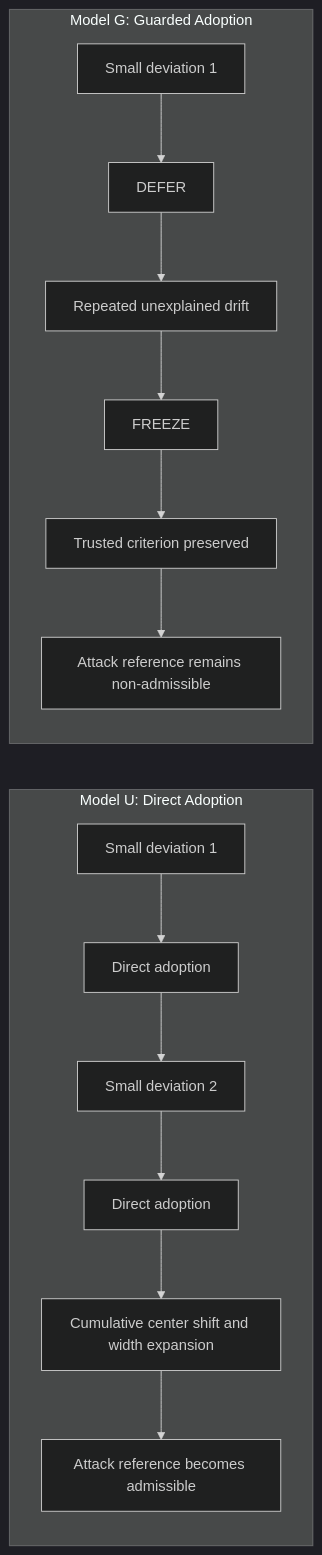
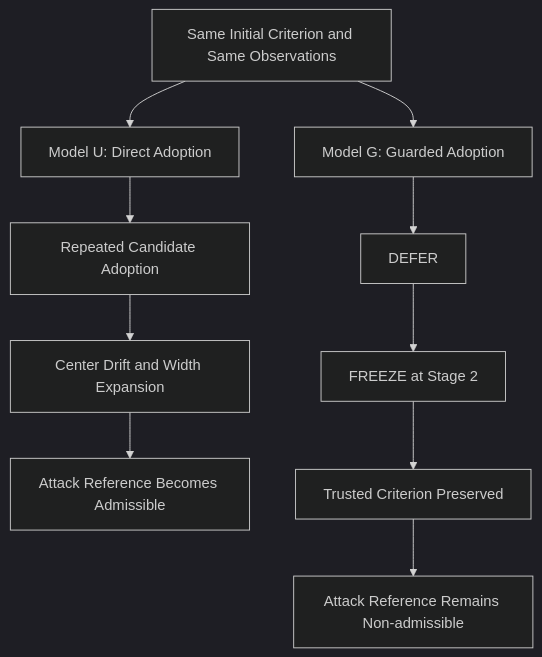
One commit to gitGyro-Dev/gyroauth changed the fifth of 6 diagrams in docs/27_figures_and_captions.md. Above: the diagram before and after it, drawn with Mermaid (dark theme). The commit also changed other lines of this file, not shown here.

Commit message:
Align figure design documentation with publication order

````diff
--- a/docs/27_figures_and_captions.md
+++ b/docs/27_figures_and_captions.md
@@ -110,18 +118,13 @@
 ```mermaid
-flowchart LR
-    subgraph U[Model U: Direct Adoption]
-        U1[Small deviation 1] --> U2[Direct adoption]
-        U2 --> U3[Small deviation 2]
-        U3 --> U4[Direct adoption]
-        U4 --> U5[Cumulative center shift and width expansion]
-        U5 --> U6[Attack reference becomes admissible]
-    end
-
-    subgraph G[Model G: Guarded Adoption]
-        G1[Small deviation 1] --> G2[DEFER]
-        G2 --> G3[Repeated unexplained drift]
-        G3 --> G4[FREEZE]
-        G4 --> G5[Trusted criterion preserved]
-        G5 --> G6[Attack reference remains non-admissible]
-    end
+flowchart TB
+    I[Same Initial Criterion and Same Observations]
+    I --> U[Model U: Direct Adoption]
+    I --> G[Model G: Guarded Adoption]
+    U --> U1[Repeated Candidate Adoption]
+    U1 --> U2[Center Drift and Width Expansion]
+    U2 --> U3[Attack Reference Becomes Admissible]
+    G --> G1[DEFER]
+    G1 --> G2[FREEZE at Stage 2]
+    G2 --> G3[Trusted Criterion Preserved]
+    G3 --> G4[Attack Reference Remains Non-admissible]
 ```
````
